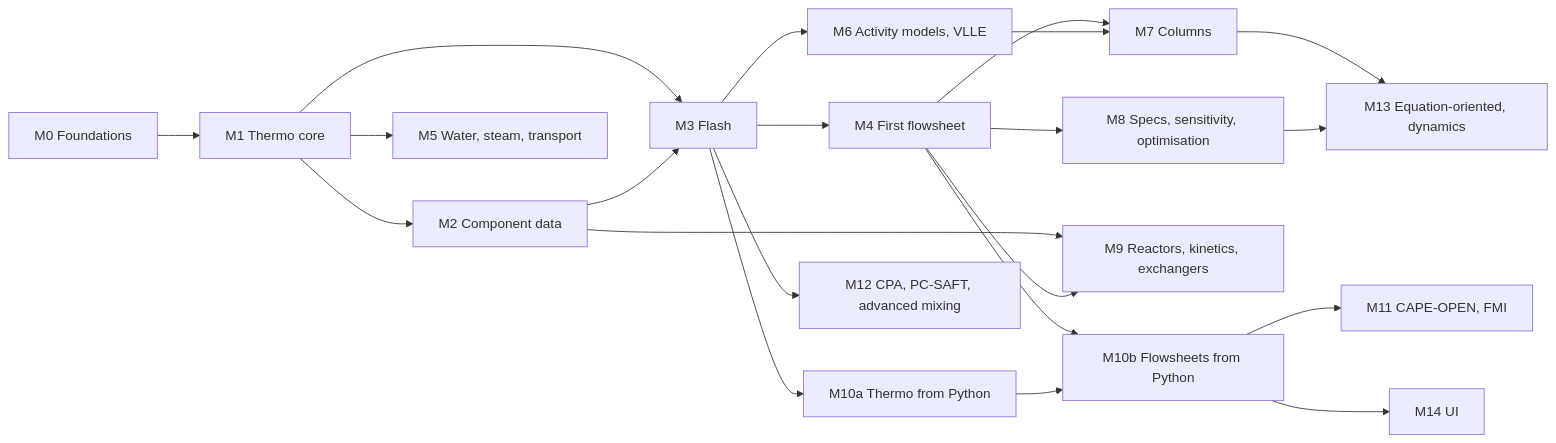
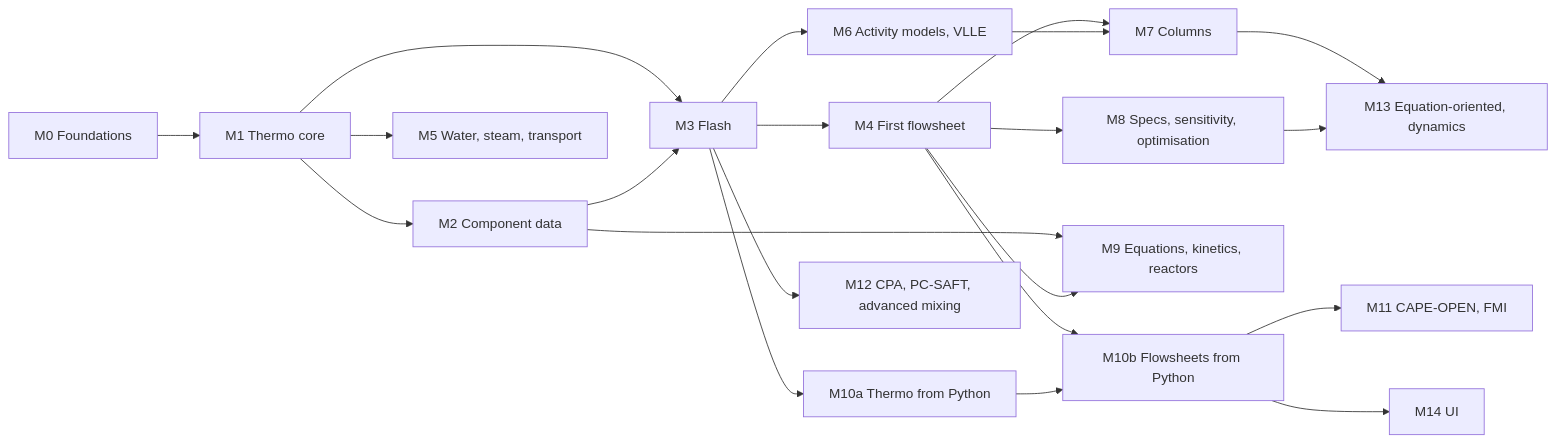
The diagram in docs/roadmap.md (RickyKimani/reflux), drawn with Mermaid before and after one commit. The commit also changed other lines of this file and 4 other files, not shown here.

First line of the commit message:
M9 plan: equations, kinetics and reactors

````diff
--- a/docs/roadmap.md
+++ b/docs/roadmap.md
@@ -54,23 +54,23 @@
 ```mermaid
 flowchart LR
   M0[M0 Foundations] --> M1[M1 Thermo core]
   M1 --> M2[M2 Component data]
   M1 --> M3[M3 Flash]
   M2 --> M3
   M3 --> M4[M4 First flowsheet]
   M1 --> M5[M5 Water, steam, transport]
   M3 --> M6[M6 Activity models, VLLE]
   M4 --> M7[M7 Columns]
   M6 --> M7
   M4 --> M8[M8 Specs, sensitivity, optimisation]
-  M2 --> M9[M9 Reactors, kinetics, exchangers]
+  M2 --> M9[M9 Equations, kinetics, reactors]
   M4 --> M9
   M3 --> M10a[M10a Thermo from Python]
   M4 --> M10b[M10b Flowsheets from Python]
   M10a --> M10b
   M10b --> M11[M11 CAPE-OPEN, FMI]
   M3 --> M12[M12 CPA, PC-SAFT, advanced mixing]
   M7 --> M13[M13 Equation-oriented, dynamics]
   M8 --> M13
   M10b --> M14[M14 UI]
 ```
````
